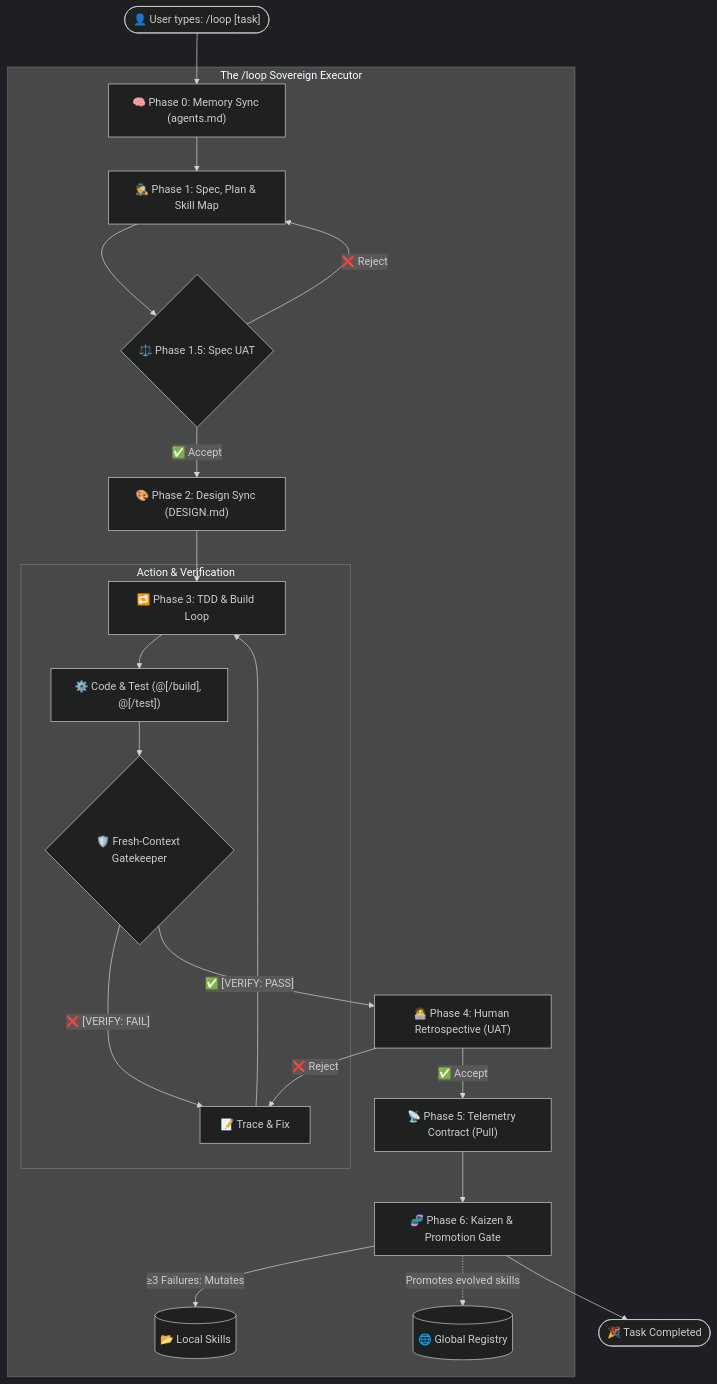
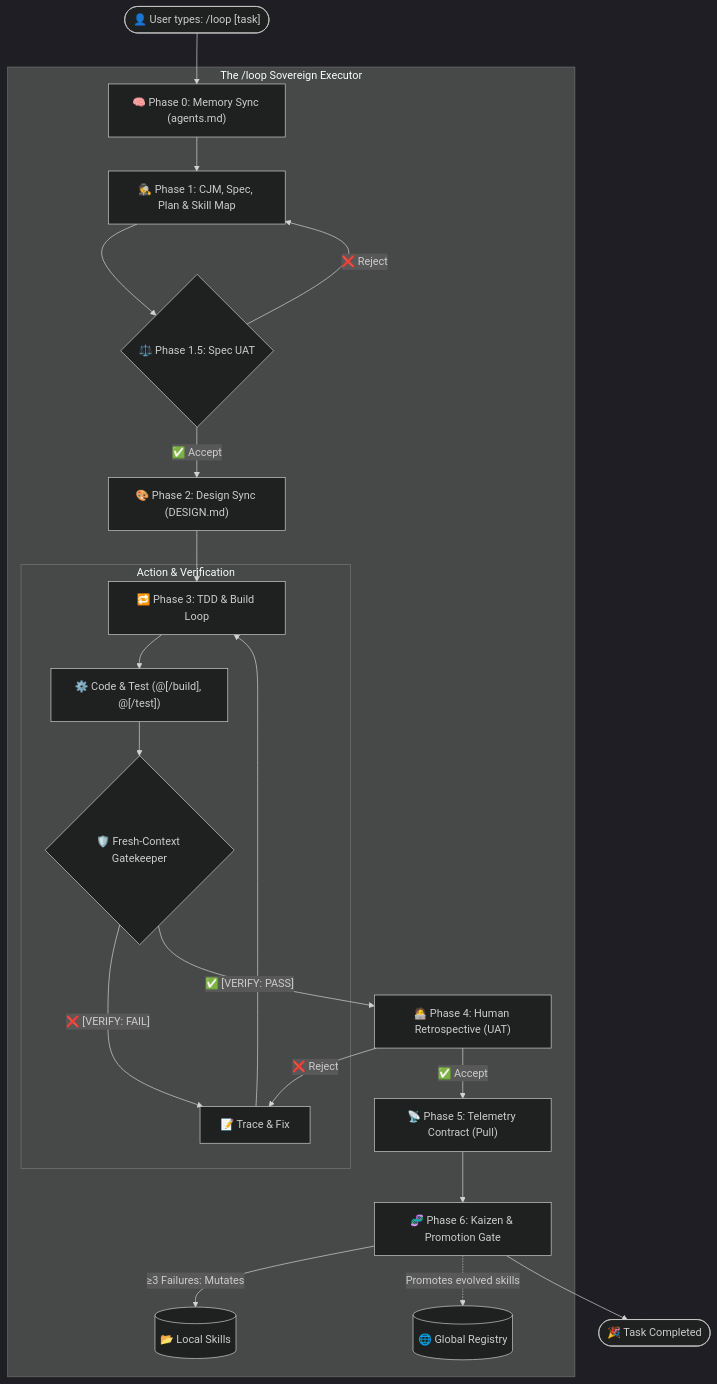
One commit to alimzhankhalelov/awesome-evolving-skills changed the diagram in README.md. Above: the diagram before and after it, drawn with Mermaid (dark theme). The commit also changed other lines of this file and 1 other file, not shown here.

Commit message:
feat(loop): introduce Customer Journey Mapping (CJM) to Phase 1 and Phase 3 Gatekeeper

````diff
--- a/README.md
+++ b/README.md
@@ -103,30 +103,30 @@
 ```mermaid
 graph TD
     User(["👤 User types: /loop [task]"]) --> P0
     
     subgraph Engine [The /loop Sovereign Executor]
         P0["🧠 Phase 0: Memory Sync (agents.md)"] --> P1
-        P1["🕵️ Phase 1: Spec, Plan & Skill Map"] --> P1_5
+        P1["🕵️ Phase 1: CJM, Spec, Plan & Skill Map"] --> P1_5
         P1_5{"⚖️ Phase 1.5: Spec UAT"}
         P1_5 -- "❌ Reject" --> P1
         P1_5 -- "✅ Accept" --> P2
         
         P2["🎨 Phase 2: Design Sync (DESIGN.md)"] --> P3["🔁 Phase 3: TDD & Build Loop"]
         
         subgraph ExecLoop [Action & Verification]
             P3 --> Act["⚙️ Code & Test (@[/build], @[/test])"]
             Act --> Gatekeeper{"🛡️ Fresh-Context Gatekeeper"}
             Gatekeeper -- "❌ [VERIFY: FAIL]" --> Trace["📝 Trace & Fix"]
             Trace --> P3
         end
         
         Gatekeeper -- "✅ [VERIFY: PASS]" --> P4["🧑‍💻 Phase 4: Human Retrospective (UAT)"]
         P4 -- "❌ Reject" --> Trace
         P4 -- "✅ Accept" --> P5["📡 Phase 5: Telemetry Contract (Pull)"]
         P5 --> P6["🧬 Phase 6: Kaizen & Promotion Gate"]
         P6 -- "≥3 Failures: Mutates" --> Skills[("📂 Local Skills")]
         P6 -. "Promotes evolved skills" .-> Global[("🌐 Global Registry")]
     end
     
     P6 --> Done(["🎉 Task Completed"])
 ```
````
